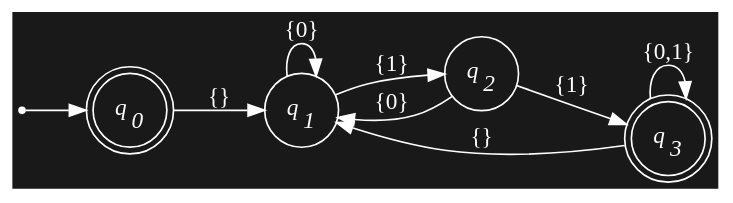
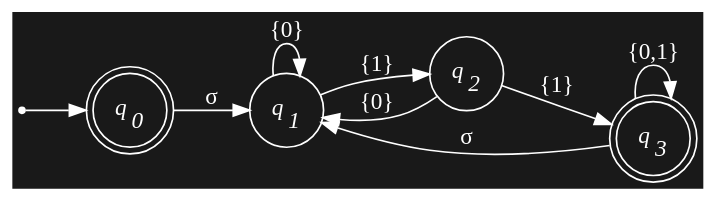
One commit to cd-public/compute changed diagram 14 of 14 in qmd/src/closures.qmd. Above: the diagram before and after it, drawn with Graphviz. The commit also changed other lines of this file and 24 other files, not shown here.

````diff
--- a/qmd/src/closures.qmd
+++ b/qmd/src/closures.qmd
@@ -640,24 +641,24 @@
 ```{dot filename="Finite Automata"}
 //| echo: false
 digraph finite_automata {
   rankdir=LR; bgcolor="#191919";
   node [fontcolor = "#ffffff", color = "#ffffff"]
   edge [color = "#ffffff",fontcolor = "#ffffff"]
 
   node [shape=circle];
   d0 [label="",shape=point]; 
   q0 [label=<<I>q<SUB>0</SUB></I>>, shape=doublecircle];
   q1 [label=<<I>q<SUB>1</SUB></I>>];
   q2 [label=<<I>q<SUB>2</SUB></I>>];
   q3 [label=<<I>q<SUB>3</SUB></I>>, shape=doublecircle]; 
 
   d0 -> q0
-  q0 -> q1 [label="{}"];
+  q0 -> q1 [label="σ"];
   q1 -> q1 [label="{0}"];
   q1 -> q2 [label="{1}"];
   q2 -> q1 [label="{0}"];
   q2 -> q3 [label="{1}"];
   q3 -> q3 [label="{0,1}"];
-  q3 -> q1 [label="{}"];
+  q3 -> q1 [label="σ"];
 }
 ```
````
